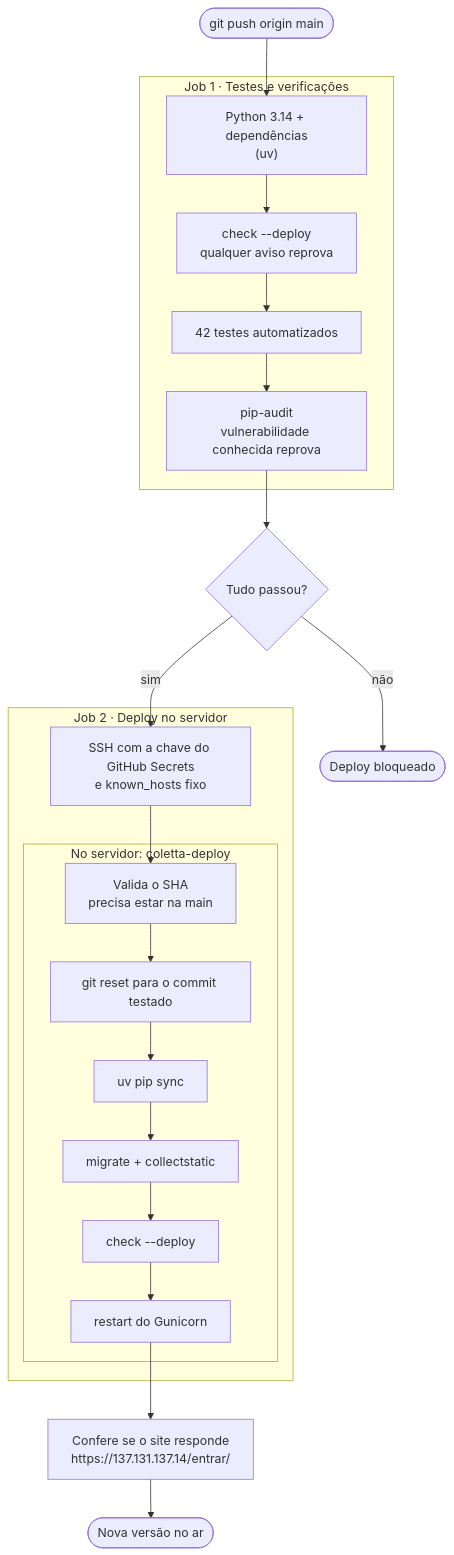
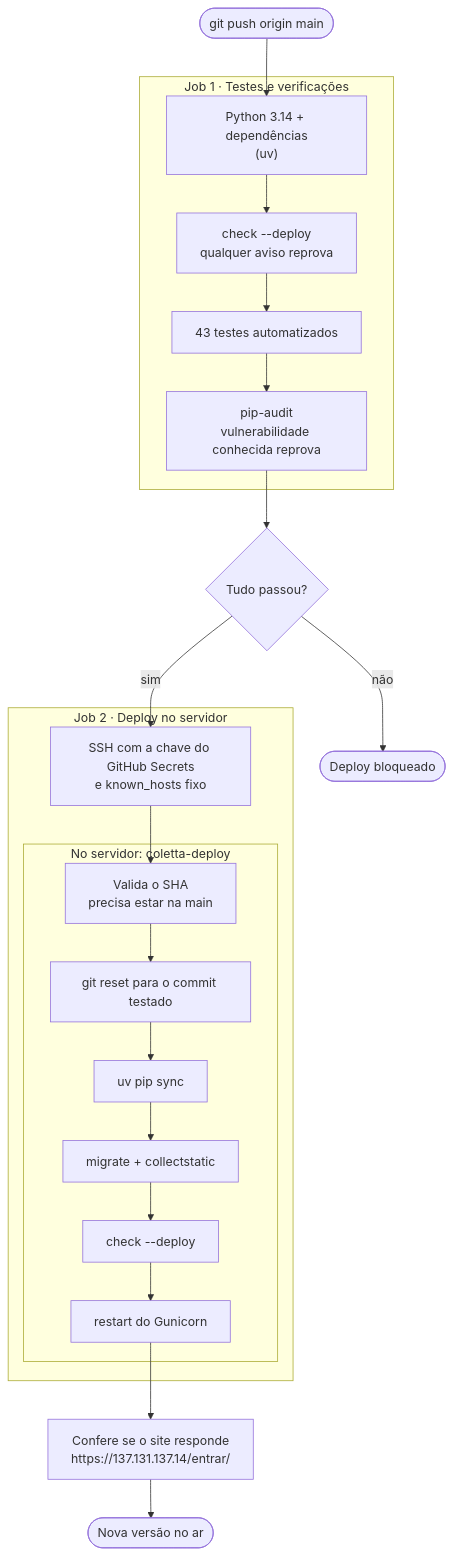
The second of 2 diagrams in README.md (lauannyrb/coletta), drawn with Mermaid before and after one commit. The commit also changed other lines of this file and 10 other files, not shown here.

````diff
--- a/README.md
+++ b/README.md
@@ -364,26 +364,26 @@
 ```mermaid
 flowchart TD
     A(["git push origin main"]) --> B
 
     subgraph CI["Job 1 · Testes e verificações"]
         B["Python 3.14 + dependências<br/>(uv)"] --> C["check --deploy<br/>qualquer aviso reprova"]
-        C --> T["42 testes automatizados"]
+        C --> T["43 testes automatizados"]
         T --> P["pip-audit<br/>vulnerabilidade conhecida reprova"]
     end
 
     P --> OK{"Tudo passou?"}
     OK -->|não| X(["Deploy bloqueado"])
     OK -->|sim| S
 
     subgraph CD["Job 2 · Deploy no servidor"]
         S["SSH com a chave do GitHub Secrets<br/>e known_hosts fixo"] --> R
         subgraph SRV["No servidor: coletta-deploy"]
             R["Valida o SHA<br/>precisa estar na main"] --> GR["git reset para o commit testado"]
             GR --> UV["uv pip sync"] --> M["migrate + collectstatic"]
             M --> CK["check --deploy"] --> RS["restart do Gunicorn"]
         end
     end
 
     RS --> V["Confere se o site responde<br/>https://137.131.137.14/entrar/"]
     V --> Z(["Nova versão no ar"])
 ```
````
